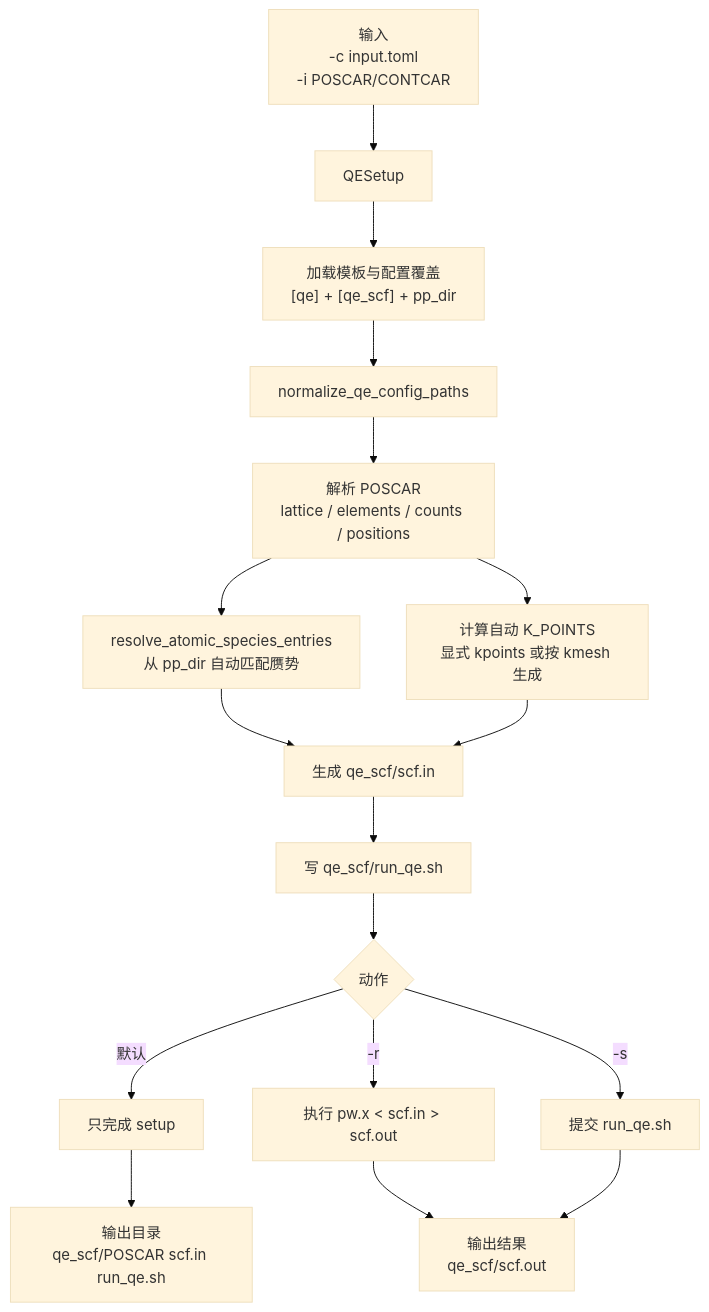
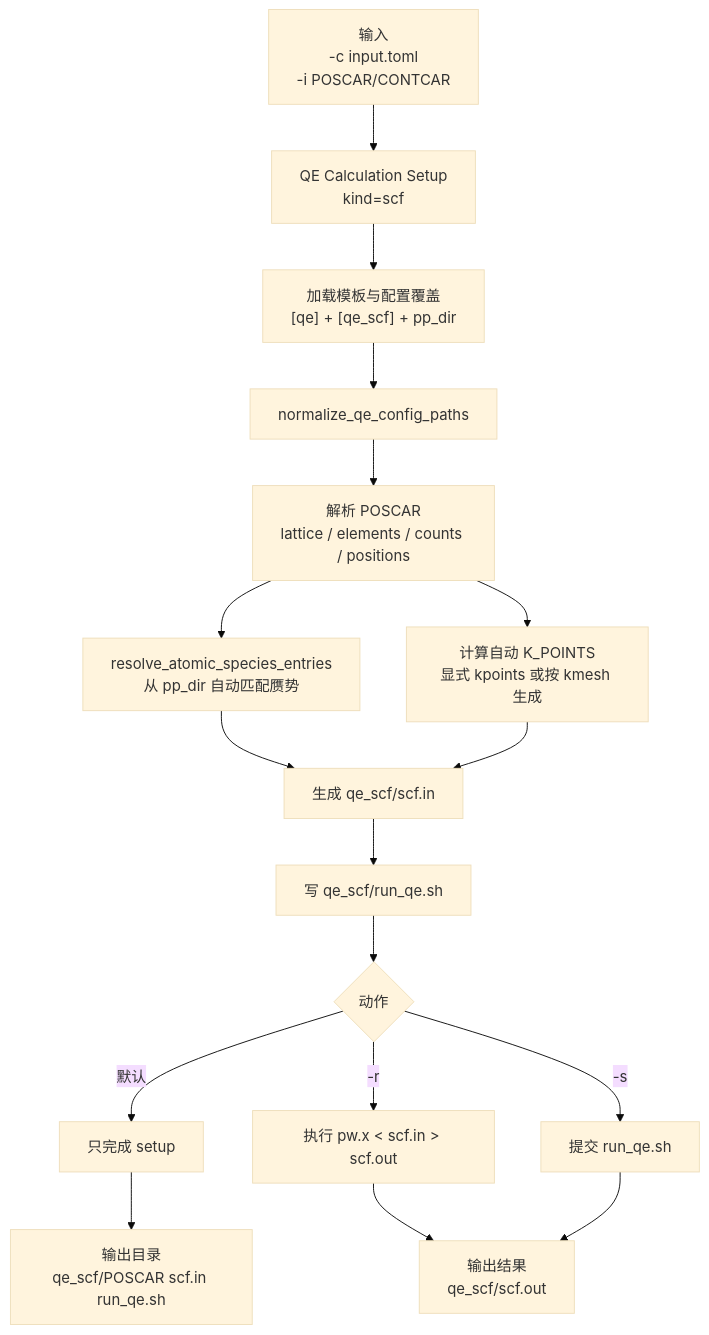
Before and after one commit to JLU-ICCMS-MaYuan/dftflow: the diagram in qeflow/scf/scf-cli-flow.mmd, drawn with Mermaid (base theme). The commit also changed 32 other files, not shown here.

```diff
--- a/qeflow/scf/scf-cli-flow.mmd
+++ b/qeflow/scf/scf-cli-flow.mmd
@@ -1,17 +1,17 @@
 flowchart TD
-    A["输入<br/>-c input.toml<br/>-i POSCAR/CONTCAR"] --> B["QESetup"]
+    A["输入<br/>-c input.toml<br/>-i POSCAR/CONTCAR"] --> B["QE Calculation Setup<br/>kind=scf"]
     B --> C["加载模板与配置覆盖<br/>[qe] + [qe_scf] + pp_dir"]
     C --> D["normalize_qe_config_paths"]
     D --> E["解析 POSCAR<br/>lattice / elements / counts / positions"]
     E --> F["resolve_atomic_species_entries<br/>从 pp_dir 自动匹配赝势"]
     E --> G["计算自动 K_POINTS<br/>显式 kpoints 或按 kmesh 生成"]
     F --> H["生成 qe_scf/scf.in"]
     G --> H
     H --> I["写 qe_scf/run_qe.sh"]
     I --> J{"动作"}
     J -->|默认| K["只完成 setup"]
     J -->| -r | L["执行 pw.x < scf.in > scf.out"]
     J -->| -s | M["提交 run_qe.sh"]
     K --> N["输出目录<br/>qe_scf/POSCAR scf.in run_qe.sh"]
     L --> O["输出结果<br/>qe_scf/scf.out"]
     M --> O
```
